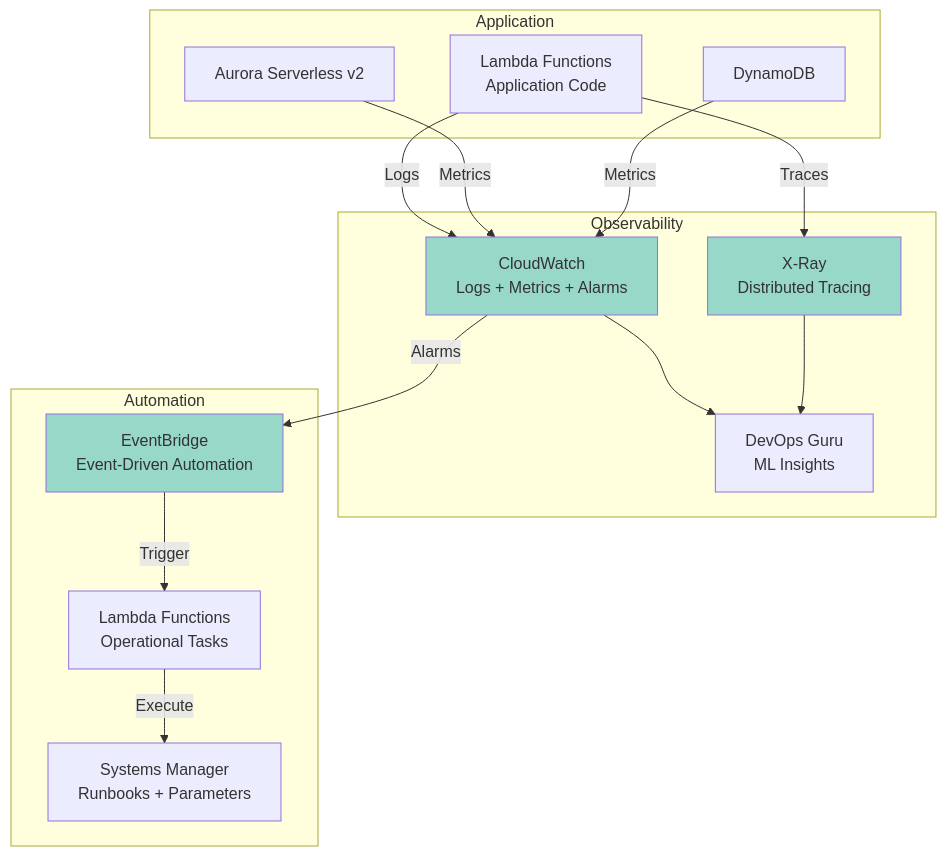
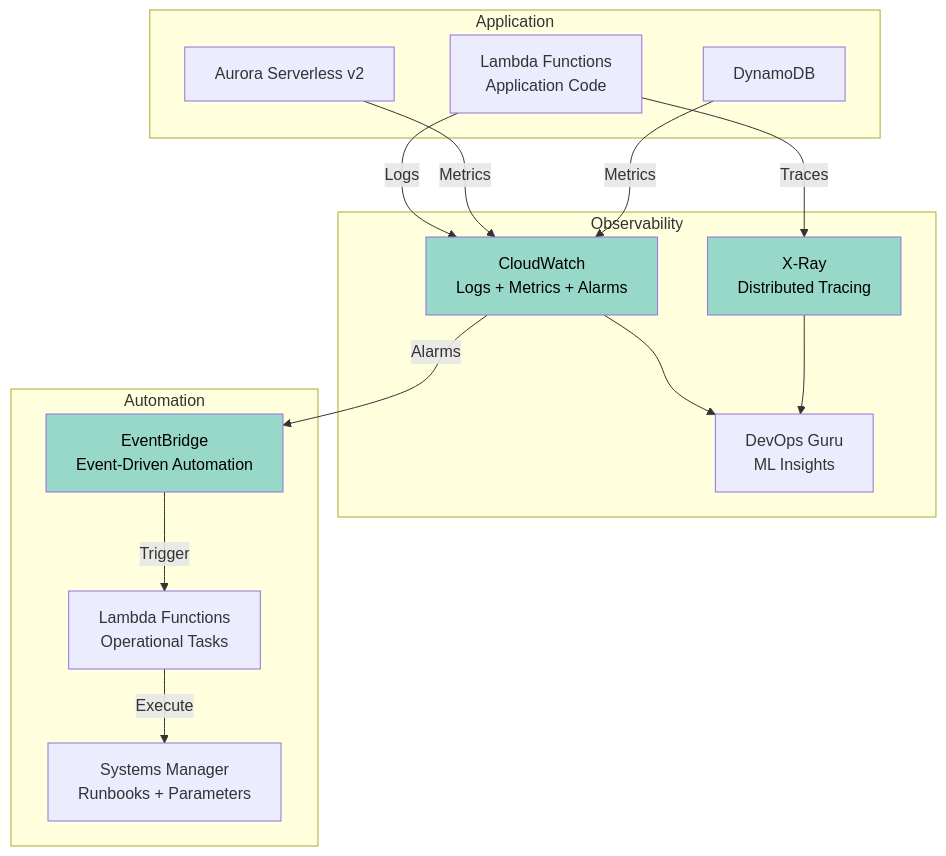
One commit to Hack23/riksdagsmonitor changed the ninth of 14 diagrams in FUTURE_ARCHITECTURE.md. Above: the diagram before and after it, drawn with Mermaid. The commit also changed other lines of this file and 11 other files, not shown here.

First line of the commit message:
Fix broken mermaid diagrams: SWOT gantt, quadrantChart theming, init quotes, text colors

````diff
--- a/FUTURE_ARCHITECTURE.md
+++ b/FUTURE_ARCHITECTURE.md
@@ -1149,36 +1149,36 @@
 ```mermaid
 graph TB
     subgraph "Observability"
         CloudWatch[CloudWatch<br/>Logs + Metrics + Alarms]
         XRay[X-Ray<br/>Distributed Tracing]
         DevOpsGuru[DevOps Guru<br/>ML Insights]
     end
     
     subgraph "Automation"
         EventBridge[EventBridge<br/>Event-Driven Automation]
         SystemsManager[Systems Manager<br/>Runbooks + Parameters]
         Lambda_Ops[Lambda Functions<br/>Operational Tasks]
     end
     
     subgraph "Application"
         Lambda_App[Lambda Functions<br/>Application Code]
         Aurora_App[Aurora Serverless v2]
         DynamoDB_App[DynamoDB]
     end
     
     Lambda_App -->|Logs| CloudWatch
     Lambda_App -->|Traces| XRay
     Aurora_App -->|Metrics| CloudWatch
     DynamoDB_App -->|Metrics| CloudWatch
     
     CloudWatch -->|Alarms| EventBridge
     EventBridge -->|Trigger| Lambda_Ops
     Lambda_Ops -->|Execute| SystemsManager
     
     CloudWatch --> DevOpsGuru
     XRay --> DevOpsGuru
     
-    style CloudWatch fill:#98D8C8
-    style XRay fill:#98D8C8
-    style EventBridge fill:#98D8C8
+    style CloudWatch fill:#98D8C8,color:#000000
+    style XRay fill:#98D8C8,color:#000000
+    style EventBridge fill:#98D8C8,color:#000000
 ```
````
